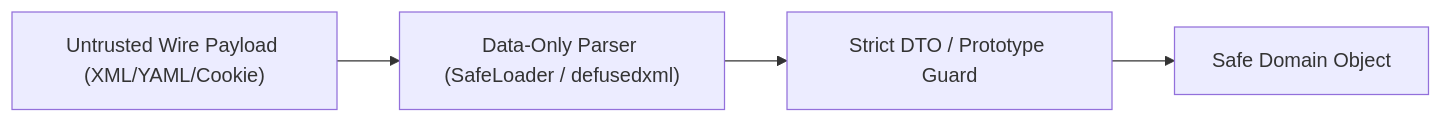
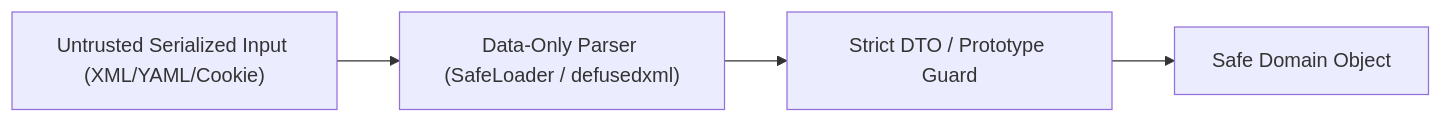
The diagram in skills/viper-deserialization-parser/SKILL.md (zahidoverflow/viperclaw), drawn with Mermaid before and after one commit. The commit also changed other lines of this file and 59 other files, not shown here.

````diff
--- a/skills/viper-deserialization-parser/SKILL.md
+++ b/skills/viper-deserialization-parser/SKILL.md
@@ -18,4 +18,4 @@
 ```mermaid
 flowchart LR
-  Bytes["Untrusted Wire Payload (XML/YAML/Cookie)"] --> Parser["Data-Only Parser (SafeLoader / defusedxml)"] --> Schema["Strict DTO / Prototype Guard"] --> App["Safe Domain Object"]
+  Bytes["Untrusted Serialized Input (XML/YAML/Cookie)"] --> Parser["Data-Only Parser (SafeLoader / defusedxml)"] --> Schema["Strict DTO / Prototype Guard"] --> App["Safe Domain Object"]
 ```
````
